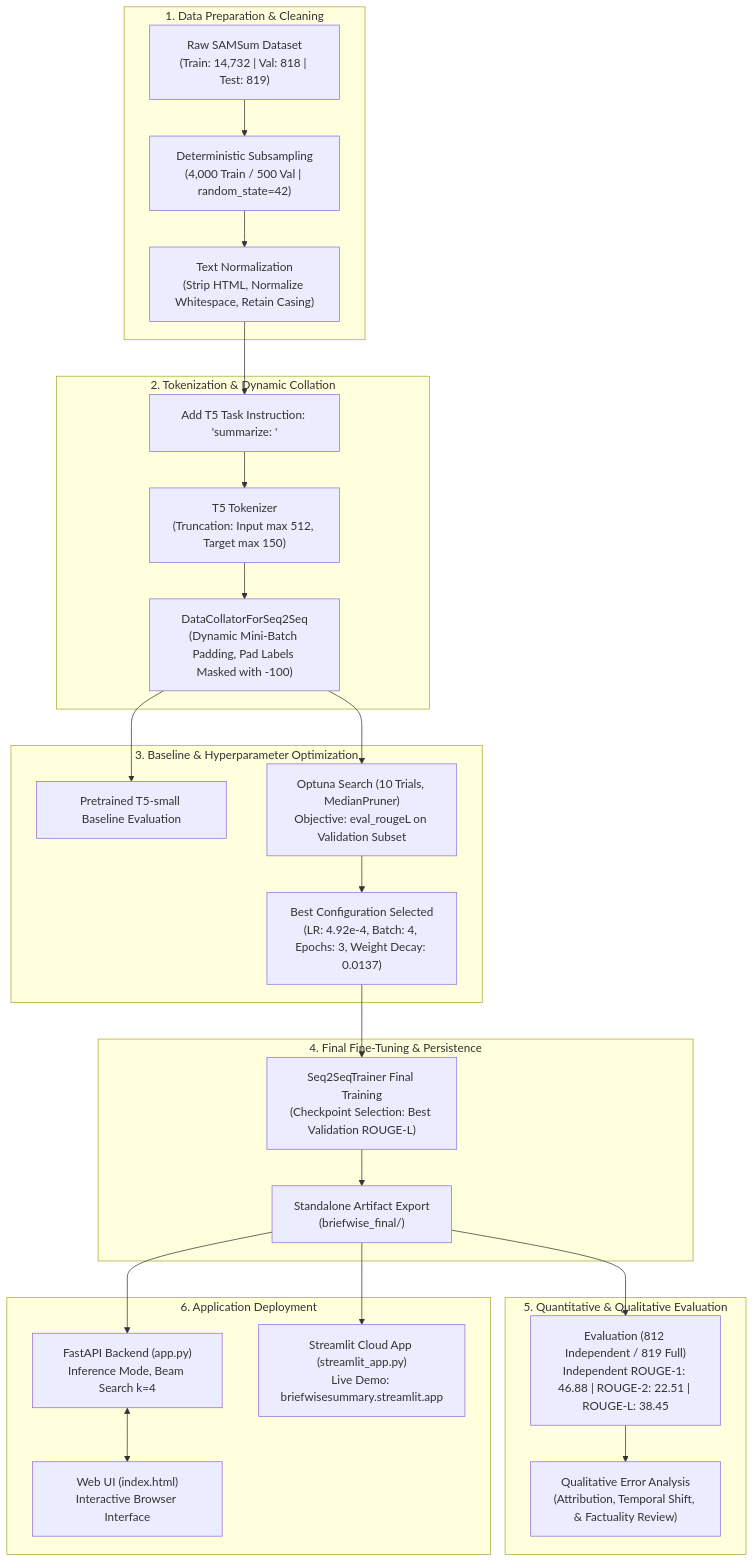
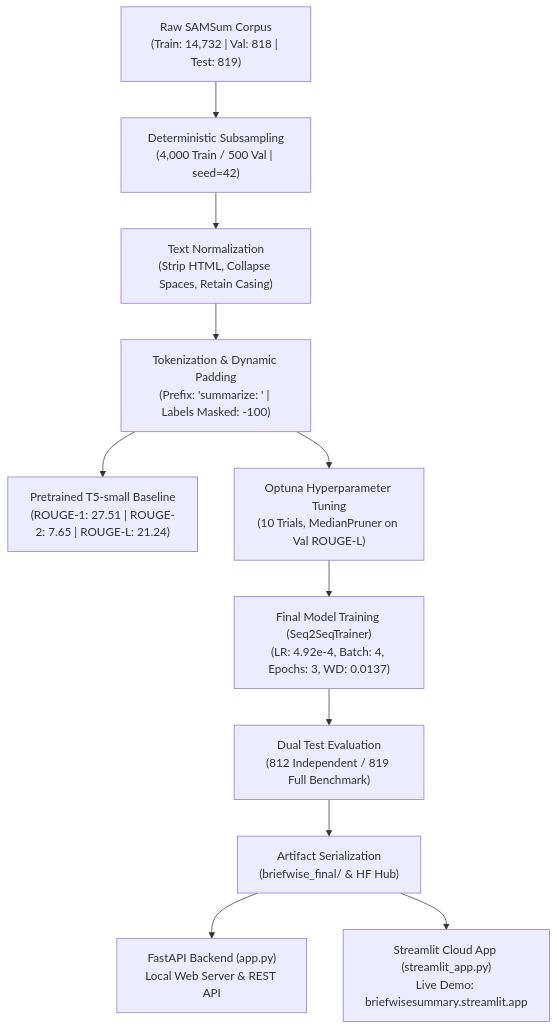
The diagram in README.md (kaifbaig/BriefWise), drawn with Mermaid before and after one commit. The commit also changed other lines of this file, not shown here.

````diff
--- a/README.md
+++ b/README.md
@@ -77,35 +73,13 @@
 ```mermaid
 flowchart TD
-    subgraph S1["1. Data Preparation & Cleaning"]
-        A["Raw SAMSum Dataset<br>(Train: 14,732 | Val: 818 | Test: 819)"] --> B["Deterministic Subsampling<br>(4,000 Train / 500 Val | random_state=42)"]
-        B --> C["Text Normalization<br>(Strip HTML, Normalize Whitespace, Retain Casing)"]
-    end
-
-    subgraph S2["2. Tokenization & Dynamic Collation"]
-        C --> D["Add T5 Task Instruction: 'summarize: '"]
-        D --> E["T5 Tokenizer<br>(Truncation: Input max 512, Target max 150)"]
-        E --> F["DataCollatorForSeq2Seq<br>(Dynamic Mini-Batch Padding, Pad Labels Masked with -100)"]
-    end
-
-    subgraph S3["3. Baseline & Hyperparameter Optimization"]
-        F --> G["Pretrained T5-small Baseline Evaluation"]
-        F --> H["Optuna Search (10 Trials, MedianPruner)<br>Objective: eval_rougeL on Validation Subset"]
-        H --> I["Best Configuration Selected<br>(LR: 4.92e-4, Batch: 4, Epochs: 3, Weight Decay: 0.0137)"]
-    end
-
-    subgraph S4["4. Final Fine-Tuning & Persistence"]
-        I --> J["Seq2SeqTrainer Final Training<br>(Checkpoint Selection: Best Validation ROUGE-L)"]
-        J --> K["Standalone Artifact Export<br>(briefwise_final/)"]
-    end
-
-    subgraph S5["5. Quantitative & Qualitative Evaluation"]
-        K --> L["Evaluation (812 Independent / 819 Full)<br>Independent ROUGE-1: 46.88 | ROUGE-2: 22.51 | ROUGE-L: 38.45"]
-        L --> M["Qualitative Error Analysis<br>(Attribution, Temporal Shift, & Factuality Review)"]
-    end
-
-    subgraph S6["6. Application Deployment"]
-        K --> N["FastAPI Backend (app.py)<br>Inference Mode, Beam Search k=4"]
-        N <--> O["Web UI (index.html)<br>Interactive Browser Interface"]
-        K --> P["Streamlit Cloud App (streamlit_app.py)<br>Live Demo: briefwisesummary.streamlit.app"]
-    end
+    A["Raw SAMSum Corpus<br>(Train: 14,732 | Val: 818 | Test: 819)"] --> B["Deterministic Subsampling<br>(4,000 Train / 500 Val | seed=42)"]
+    B --> C["Text Normalization<br>(Strip HTML, Collapse Spaces, Retain Casing)"]
+    C --> D["Tokenization & Dynamic Padding<br>(Prefix: 'summarize: ' | Labels Masked: -100)"]
+    D --> E["Pretrained T5-small Baseline<br>(ROUGE-1: 27.51 | ROUGE-2: 7.65 | ROUGE-L: 21.24)"]
+    D --> F["Optuna Hyperparameter Tuning<br>(10 Trials, MedianPruner on Val ROUGE-L)"]
+    F --> G["Final Model Training (Seq2SeqTrainer)<br>(LR: 4.92e-4, Batch: 4, Epochs: 3, WD: 0.0137)"]
+    G --> H["Dual Test Evaluation<br>(812 Independent / 819 Full Benchmark)"]
+    H --> I["Artifact Serialization<br>(briefwise_final/ & HF Hub)"]
+    I --> J["FastAPI Backend (app.py)<br>Local Web Server & REST API"]
+    I --> K["Streamlit Cloud App (streamlit_app.py)<br>Live Demo: briefwisesummary.streamlit.app"]
 ```
````
